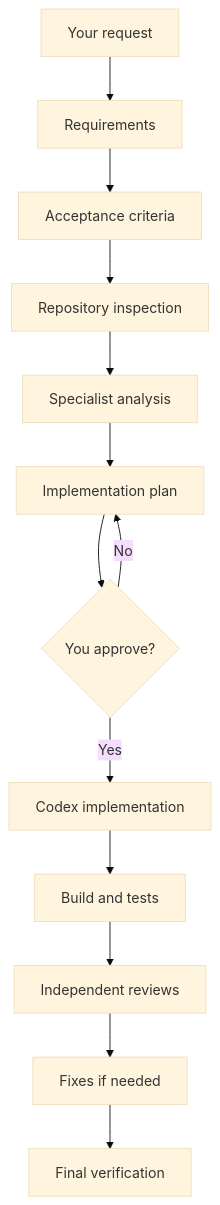
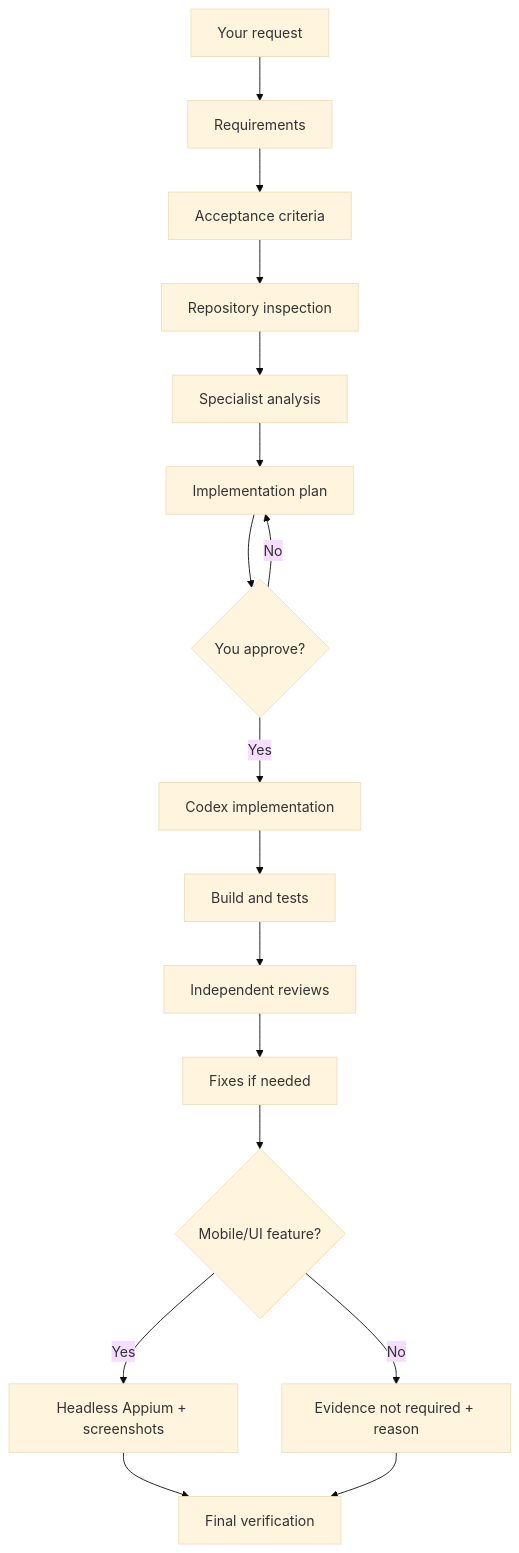
One commit to mohamedma872/ai-agent-workflow-kit changed the first of 3 diagrams in README.md. Above: the diagram before and after it, drawn with Mermaid (base theme). The commit also changed other lines of this file and 9 other files, not shown here.

First line of the commit message:
Fix workflow progress reconciliation and mobile evidence

````diff
--- a/README.md
+++ b/README.md
@@ -57,15 +59,19 @@
 ```mermaid
 flowchart TD
     A[Your request] --> B[Requirements]
     B --> C[Acceptance criteria]
     C --> D[Repository inspection]
     D --> E[Specialist analysis]
     E --> F[Implementation plan]
     F --> G{You approve?}
     G -->|No| F
     G -->|Yes| H[Codex implementation]
     H --> I[Build and tests]
     I --> J[Independent reviews]
     J --> K[Fixes if needed]
-    K --> L[Final verification]
+    K --> M{Mobile/UI feature?}
+    M -->|Yes| N[Headless Appium + screenshots]
+    M -->|No| O[Evidence not required + reason]
+    N --> L[Final verification]
+    O --> L
 ```
````
